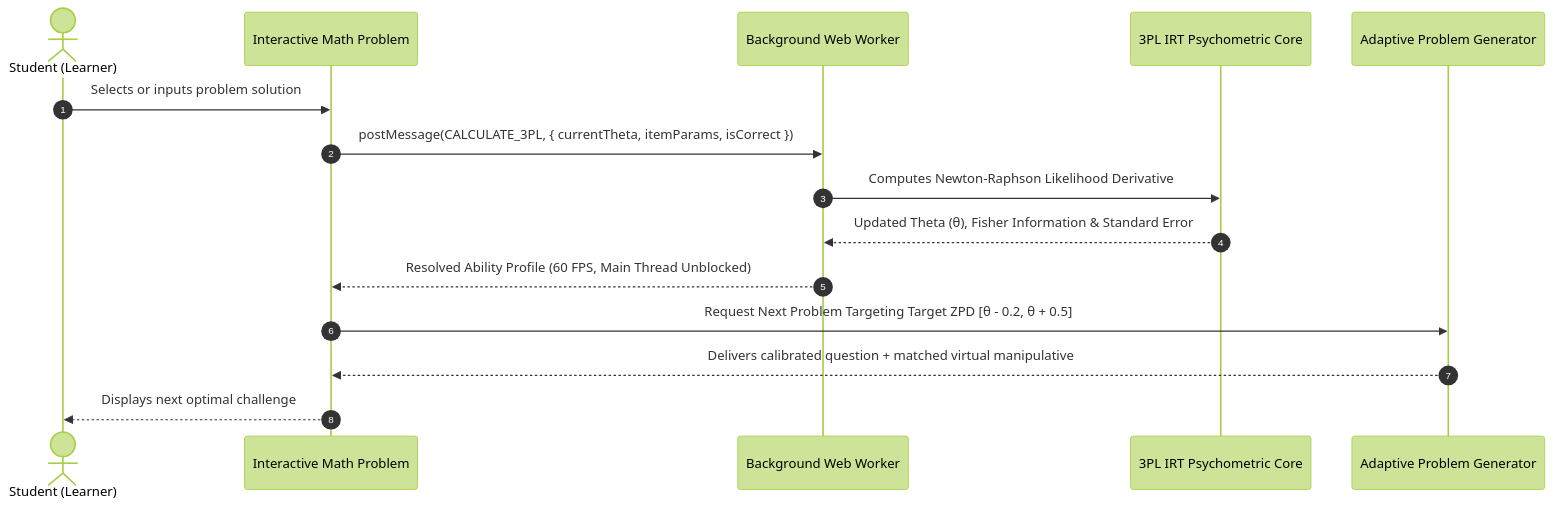
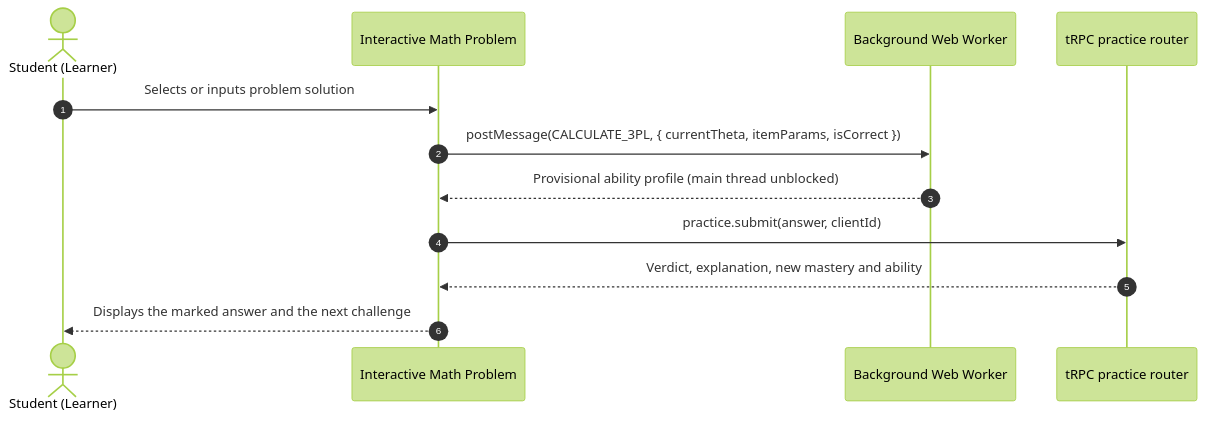
The second of 3 diagrams in README.md (SifisoScS/AcuityMath), drawn with Mermaid (forest theme) before and after one commit. The commit also changed other lines of this file, not shown here.

````diff
--- a/README.md
+++ b/README.md
@@ -86,18 +90,15 @@
 ```mermaid
 sequenceDiagram
     autonumber
     actor Student as Student (Learner)
     participant UI as Interactive Math Problem
     participant Worker as Background Web Worker
-    participant Engine as 3PL IRT Psychometric Core
-    participant Generator as Adaptive Problem Generator
+    participant Server as tRPC practice router
 
     Student->>UI: Selects or inputs problem solution
     UI->>Worker: postMessage(CALCULATE_3PL, { currentTheta, itemParams, isCorrect })
-    Worker->>Engine: Computes Newton-Raphson Likelihood Derivative
-    Engine-->>Worker: Updated Theta (θ), Fisher Information & Standard Error
-    Worker-->>UI: Resolved Ability Profile (60 FPS, Main Thread Unblocked)
-    UI->>Generator: Request Next Problem Targeting Target ZPD [θ - 0.2, θ + 0.5]
-    Generator-->>UI: Delivers calibrated question + matched virtual manipulative
-    UI-->>Student: Displays next optimal challenge
+    Worker-->>UI: Provisional ability profile (main thread unblocked)
+    UI->>Server: practice.submit(answer, clientId)
+    Server-->>UI: Verdict, explanation, new mastery and ability
+    UI-->>Student: Displays the marked answer and the next challenge
 ```
````
